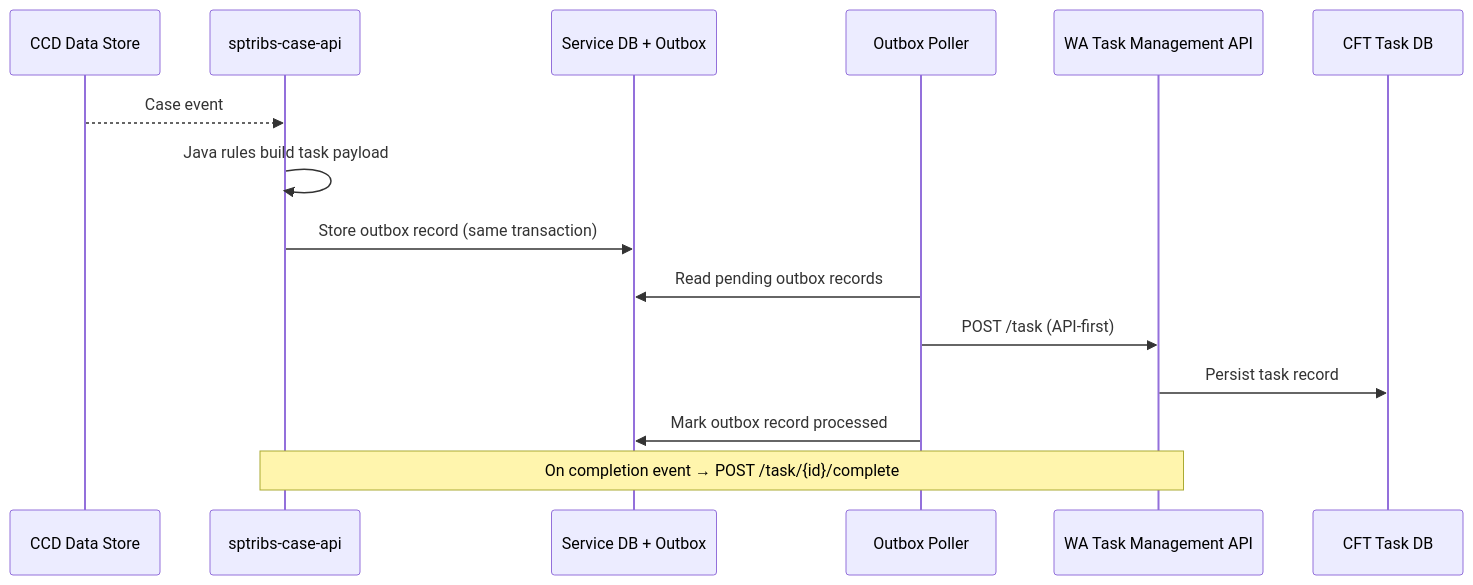
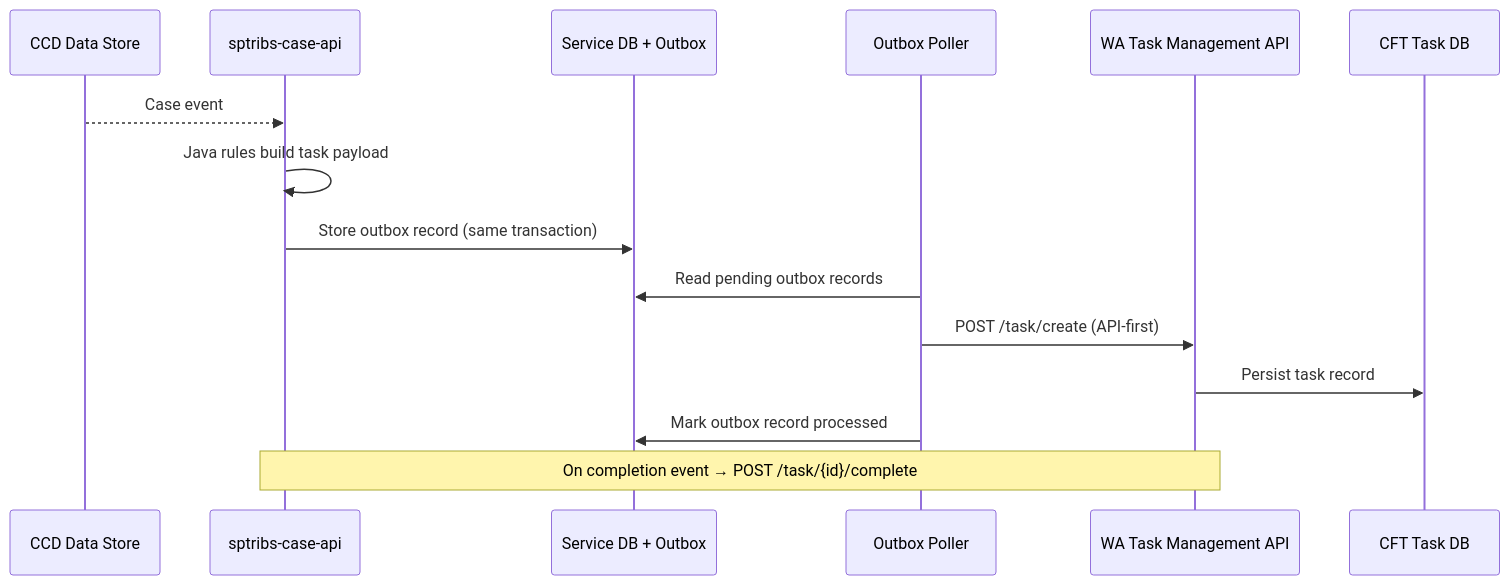
One commit to hmcts/dtsse-ccd-config-generator changed the second of 2 diagrams in docs/task-management/overview.md. Above: the diagram before and after it, drawn with Mermaid. The commit also changed 14 other files, not shown here.

Commit message:
Add API-first task outbox flow and e2e test

````diff
--- a/docs/task-management/overview.md
+++ b/docs/task-management/overview.md
@@ -50,18 +50,18 @@
 ```mermaid
 sequenceDiagram
   participant CCD as CCD Data Store
   participant SVC as sptribs-case-api
   participant DB as Service DB + Outbox
   participant POLL as Outbox Poller
   participant WATMGT as WA Task Management API
   participant CFTDB as CFT Task DB
 
   CCD-->>SVC: Case event
   SVC->>SVC: Java rules build task payload
   SVC->>DB: Store outbox record (same transaction)
   POLL->>DB: Read pending outbox records
-  POLL->>WATMGT: POST /task (API-first)
+  POLL->>WATMGT: POST /task/create (API-first)
   WATMGT->>CFTDB: Persist task record
   POLL->>DB: Mark outbox record processed
   Note over SVC,WATMGT: On completion event → POST /task/{id}/complete
 ```
````
